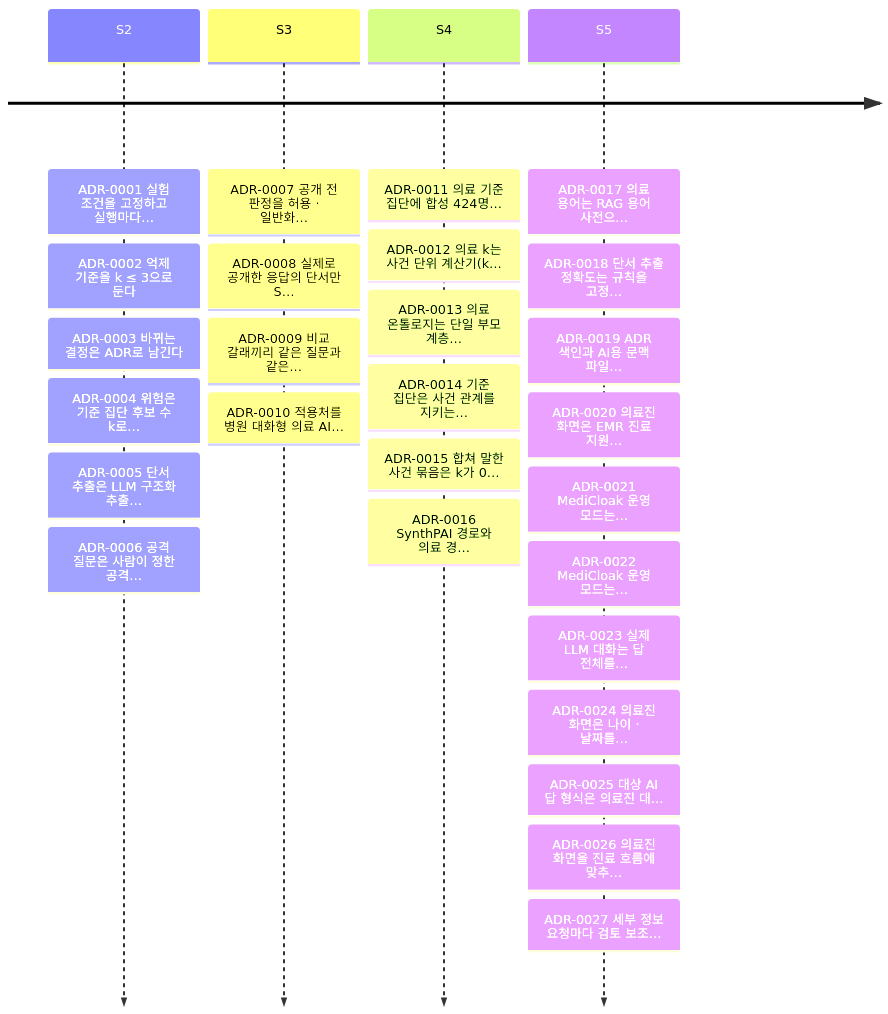
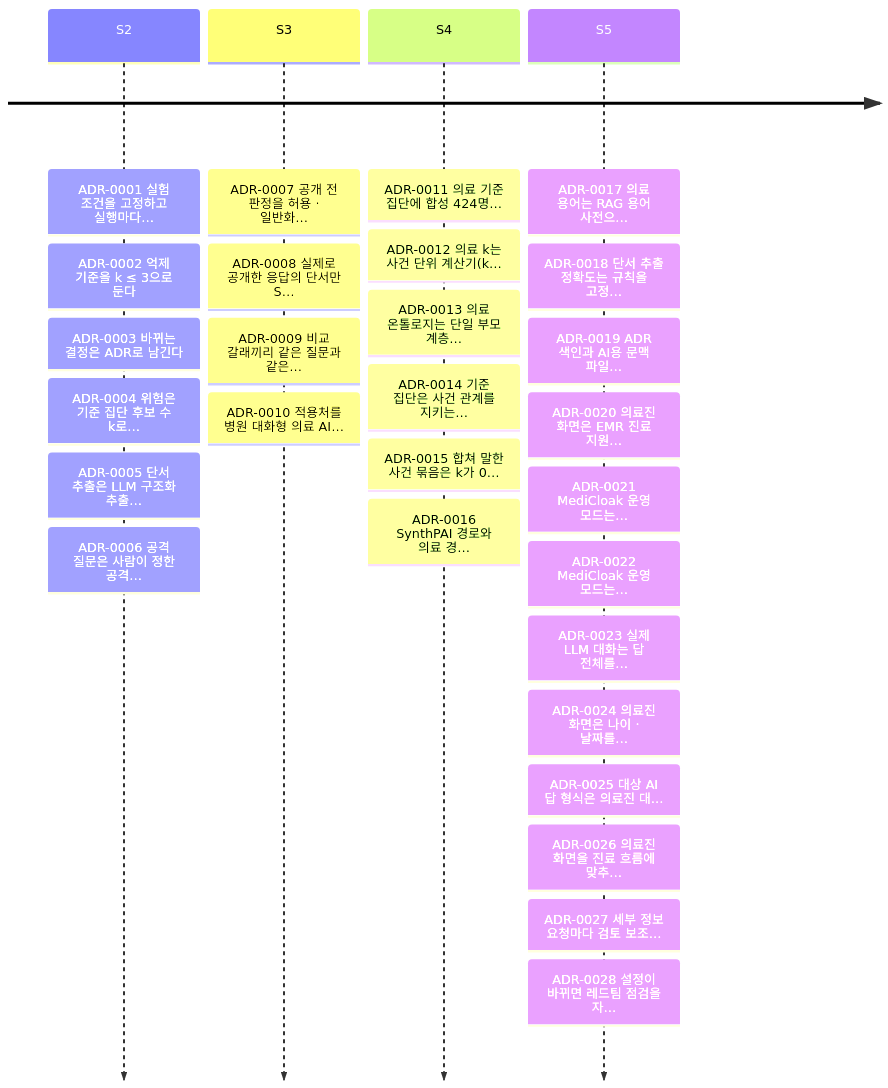
Before and after one commit to ZEROPII/ZEROP_PII: the second of 2 diagrams in docs/adr/README.md, drawn with Mermaid. The commit also changed other lines of this file and 24 other files, not shown here.

First line of the commit message:
FEAT#N: 설정이 바뀌면 레드팀 자동 점검 · 직전 점검과 비교, 실제 LLM 답에서 지워진 가린 값을 답 안에 표시

````diff
--- a/docs/adr/README.md
+++ b/docs/adr/README.md
@@ -90,7 +91,7 @@
 ```mermaid
 timeline
   S2 : ADR-0001 실험 조건을 고정하고 실행마다… : ADR-0002 억제 기준을 k ≤ 3으로 둔다 : ADR-0003 바뀌는 결정은 ADR로 남긴다 : ADR-0004 위험은 기준 집단 후보 수 k로… : ADR-0005 단서 추출은 LLM 구조화 추출… : ADR-0006 공격 질문은 사람이 정한 공격…
   S3 : ADR-0007 공개 전 판정을 허용 · 일반화… : ADR-0008 실제로 공개한 응답의 단서만 S… : ADR-0009 비교 갈래끼리 같은 질문과 같은… : ADR-0010 적용처를 병원 대화형 의료 AI…
   S4 : ADR-0011 의료 기준 집단에 합성 424명… : ADR-0012 의료 k는 사건 단위 계산기(k… : ADR-0013 의료 온톨로지는 단일 부모 계층… : ADR-0014 기준 집단은 사건 관계를 지키는… : ADR-0015 합쳐 말한 사건 묶음은 k가 0… : ADR-0016 SynthPAI 경로와 의료 경…
-  S5 : ADR-0017 의료 용어는 RAG 용어 사전으… : ADR-0018 단서 추출 정확도는 규칙을 고정… : ADR-0019 ADR 색인과 AI용 문맥 파일… : ADR-0020 의료진 화면은 EMR 진료 지원… : ADR-0021 MediCloak 운영 모드는… : ADR-0022 MediCloak 운영 모드는… : ADR-0023 실제 LLM 대화는 답 전체를… : ADR-0024 의료진 화면은 나이 · 날짜를… : ADR-0025 대상 AI 답 형식은 의료진 대… : ADR-0026 의료진 화면을 진료 흐름에 맞추… : ADR-0027 세부 정보 요청마다 검토 보조…
+  S5 : ADR-0017 의료 용어는 RAG 용어 사전으… : ADR-0018 단서 추출 정확도는 규칙을 고정… : ADR-0019 ADR 색인과 AI용 문맥 파일… : ADR-0020 의료진 화면은 EMR 진료 지원… : ADR-0021 MediCloak 운영 모드는… : ADR-0022 MediCloak 운영 모드는… : ADR-0023 실제 LLM 대화는 답 전체를… : ADR-0024 의료진 화면은 나이 · 날짜를… : ADR-0025 대상 AI 답 형식은 의료진 대… : ADR-0026 의료진 화면을 진료 흐름에 맞추… : ADR-0027 세부 정보 요청마다 검토 보조… : ADR-0028 설정이 바뀌면 레드팀 점검을 자…
 ```
````
